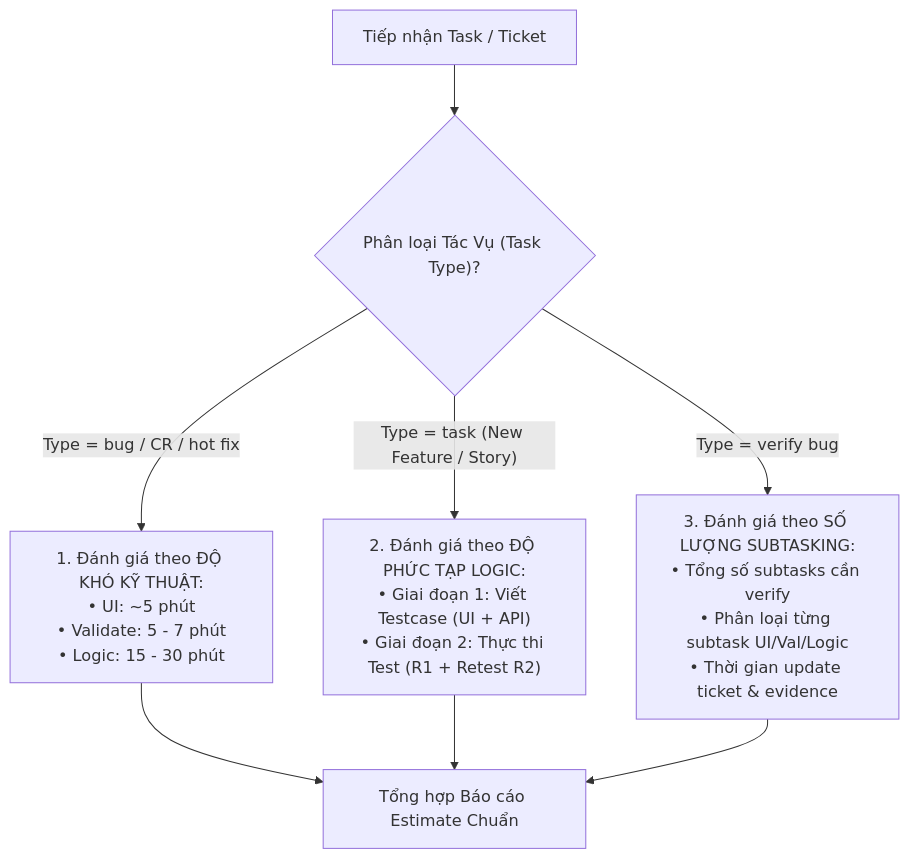
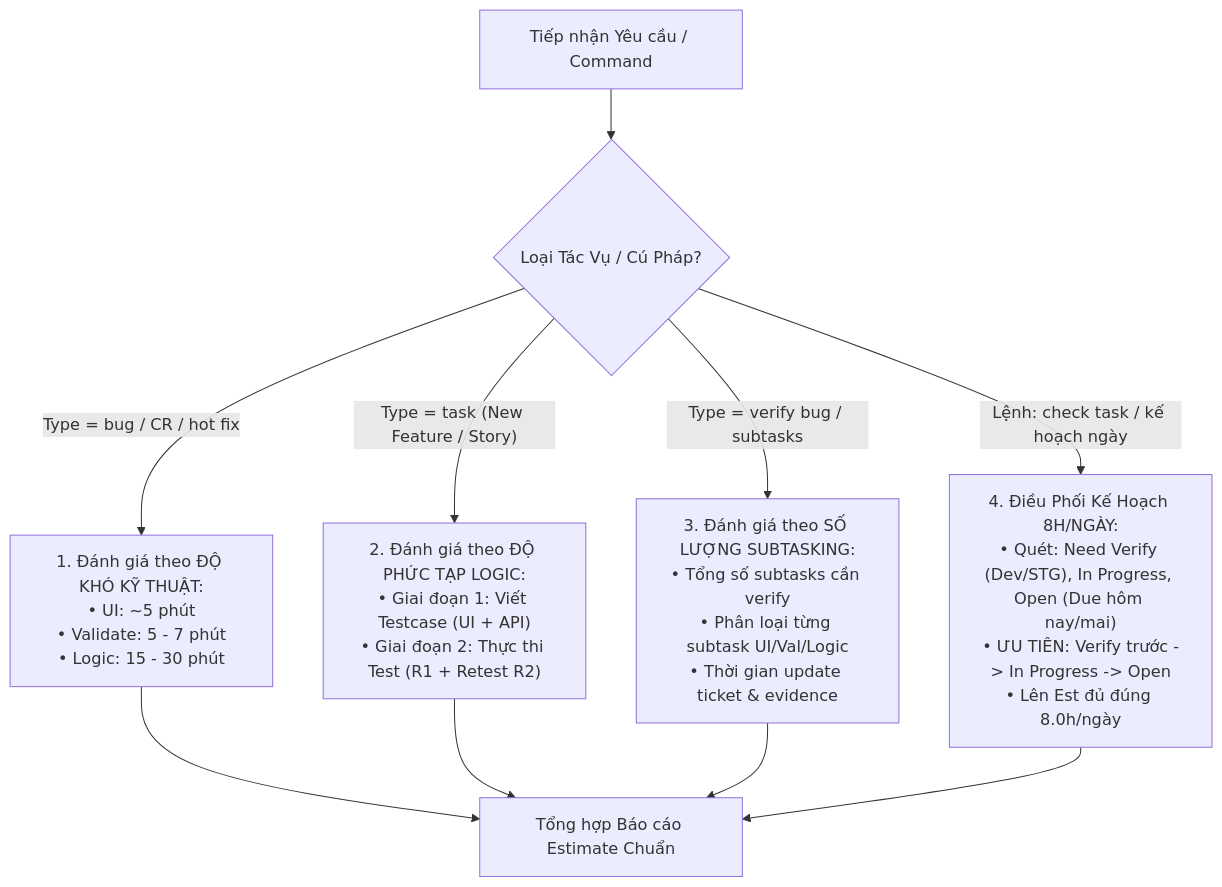
One commit to leo1133/SurrealDoll changed the diagram in Universal_Rules/08_task_estimation_rule.md. Above: the diagram before and after it, drawn with Mermaid. The commit also changed other lines of this file and 2 other files, not shown here.

Commit message:
feat(rules): add 8-hour daily workload allocation protocol for check task command with verify priority

````diff
--- a/Universal_Rules/08_task_estimation_rule.md
+++ b/Universal_Rules/08_task_estimation_rule.md
@@ -13,14 +13,17 @@
 ```mermaid
 flowchart TD
-    Receive["Tiếp nhận Task / Ticket"] --> CheckType{"Phân loại Tác Vụ (Task Type)?"}
+    Receive["Tiếp nhận Yêu cầu / Command"] --> CheckType{"Loại Tác Vụ / Cú Pháp?"}
 
     CheckType -- "Type = bug / CR / hot fix" --> BugFlow["1. Đánh giá theo ĐỘ KHÓ KỸ THUẬT:<br>• UI: ~5 phút<br>• Validate: 5 - 7 phút<br>• Logic: 15 - 30 phút"]
     
     CheckType -- "Type = task (New Feature / Story)" --> TaskFlow["2. Đánh giá theo ĐỘ PHỨC TẠP LOGIC:<br>• Giai đoạn 1: Viết Testcase (UI + API)<br>• Giai đoạn 2: Thực thi Test (R1 + Retest R2)"]
     
-    CheckType -- "Type = verify bug" --> VerifyFlow["3. Đánh giá theo SỐ LƯỢNG SUBTASKING:<br>• Tổng số subtasks cần verify<br>• Phân loại từng subtask UI/Val/Logic<br>• Thời gian update ticket & evidence"]
+    CheckType -- "Type = verify bug / subtasks" --> VerifyFlow["3. Đánh giá theo SỐ LƯỢNG SUBTASKING:<br>• Tổng số subtasks cần verify<br>• Phân loại từng subtask UI/Val/Logic<br>• Thời gian update ticket & evidence"]
+
+    CheckType -- "Lệnh: check task / kế hoạch ngày" --> DailyFlow["4. Điều Phối Kế Hoạch 8H/NGÀY:<br>• Quét: Need Verify (Dev/STG), In Progress, Open (Due hôm nay/mai)<br>• ƯU TIÊN: Verify trước -> In Progress -> Open<br>• Lên Est đủ đúng 8.0h/ngày"]
 
     BugFlow --> Output["Tổng hợp Báo cáo Estimate Chuẩn"]
     TaskFlow --> Output
     VerifyFlow --> Output
+    DailyFlow --> Output
 ```
````
